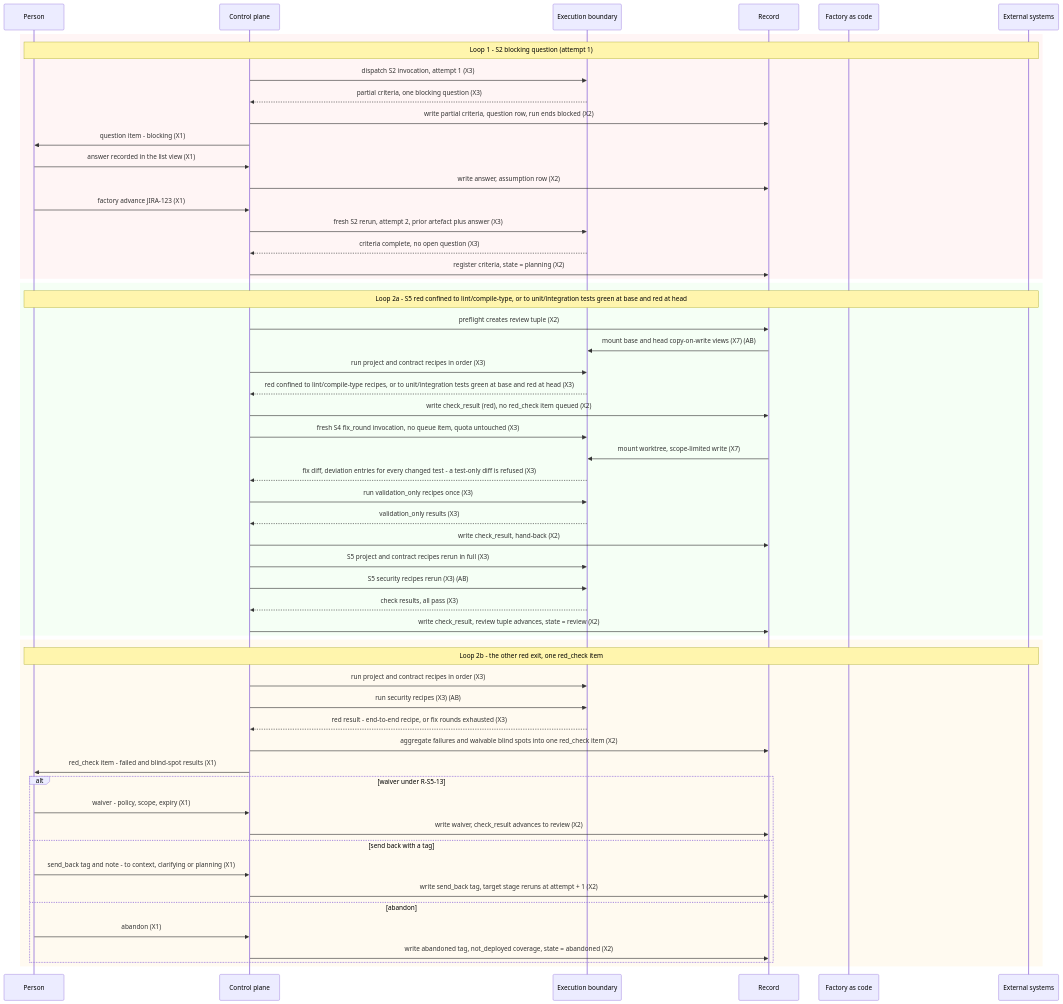
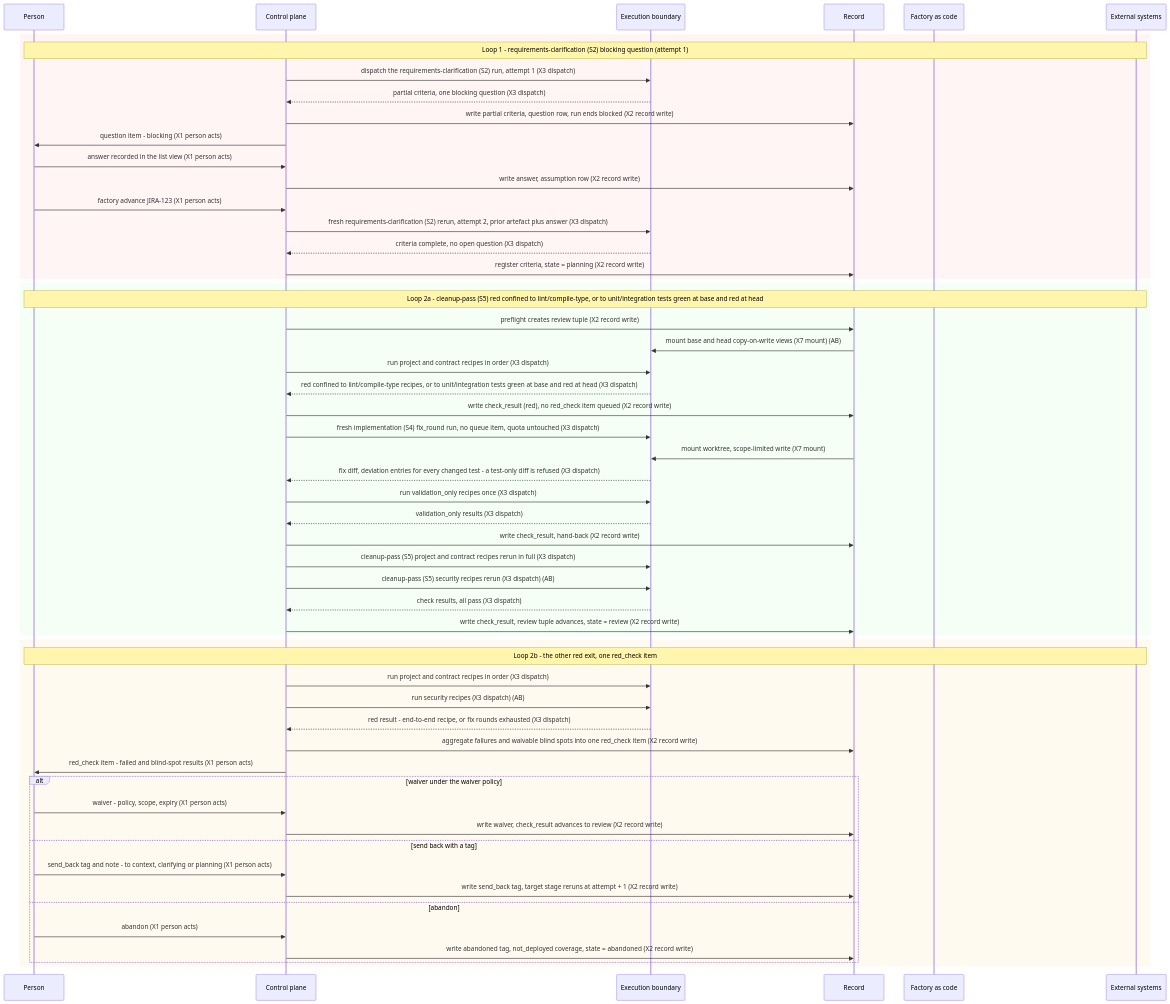
One commit to abhishekthakur7/software-factory changed the second of 2 diagrams in docs/design/hld/L1-ticket-walk.md. Above: the diagram before and after it, drawn with Mermaid. The commit also changed other lines of this file and 9 other files, not shown here.

Commit message:
Name every code on the HLD pictures; add the short-name legend and fix the broken sequence diagram

````diff
--- a/docs/design/hld/L1-ticket-walk.md
+++ b/docs/design/hld/L1-ticket-walk.md
@@ -136,61 +138,61 @@
 ```mermaid
 sequenceDiagram
     participant P as Person
     participant C as Control plane
     participant G as Execution boundary
     participant R as Record
     participant F as Factory as code
     participant E as External systems
 
     rect rgb(255,245,245)
-    Note over P,E: Loop 1 - S2 blocking question (attempt 1)
-    C->>G: dispatch S2 invocation, attempt 1 (X3)
-    G-->>C: partial criteria, one blocking question (X3)
-    C->>R: write partial criteria, question row, run ends blocked (X2)
-    C->>P: question item - blocking (X1)
-    P->>C: answer recorded in the list view (X1)
-    C->>R: write answer, assumption row (X2)
-    P->>C: factory advance JIRA-123 (X1)
-    C->>G: fresh S2 rerun, attempt 2, prior artefact plus answer (X3)
-    G-->>C: criteria complete, no open question (X3)
-    C->>R: register criteria, state = planning (X2)
+    Note over P,E: Loop 1 - requirements-clarification (S2) blocking question (attempt 1)
+    C->>G: dispatch the requirements-clarification (S2) run, attempt 1 (X3 dispatch)
+    G-->>C: partial criteria, one blocking question (X3 dispatch)
+    C->>R: write partial criteria, question row, run ends blocked (X2 record write)
+    C->>P: question item - blocking (X1 person acts)
+    P->>C: answer recorded in the list view (X1 person acts)
+    C->>R: write answer, assumption row (X2 record write)
+    P->>C: factory advance JIRA-123 (X1 person acts)
+    C->>G: fresh requirements-clarification (S2) rerun, attempt 2, prior artefact plus answer (X3 dispatch)
+    G-->>C: criteria complete, no open question (X3 dispatch)
+    C->>R: register criteria, state = planning (X2 record write)
     end
 
     rect rgb(245,255,245)
-    Note over P,E: Loop 2a - S5 red confined to lint/compile-type, or to unit/integration tests green at base and red at head
-    C->>R: preflight creates review tuple (X2)
-    R->>G: mount base and head copy-on-write views (X7) (AB)
-    C->>G: run project and contract recipes in order (X3)
-    G-->>C: red confined to lint/compile-type recipes, or to unit/integration tests green at base and red at head (X3)
-    C->>R: write check_result (red), no red_check item queued (X2)
-    C->>G: fresh S4 fix_round invocation, no queue item, quota untouched (X3)
-    R->>G: mount worktree, scope-limited write (X7)
-    G-->>C: fix diff, deviation entries for every changed test - a test-only diff is refused (X3)
-    C->>G: run validation_only recipes once (X3)
-    G-->>C: validation_only results (X3)
-    C->>R: write check_result, hand-back (X2)
-    C->>G: S5 project and contract recipes rerun in full (X3)
-    C->>G: S5 security recipes rerun (X3) (AB)
-    G-->>C: check results, all pass (X3)
-    C->>R: write check_result, review tuple advances, state = review (X2)
+    Note over P,E: Loop 2a - cleanup-pass (S5) red confined to lint/compile-type, or to unit/integration tests green at base and red at head
+    C->>R: preflight creates review tuple (X2 record write)
+    R->>G: mount base and head copy-on-write views (X7 mount) (AB)
+    C->>G: run project and contract recipes in order (X3 dispatch)
+    G-->>C: red confined to lint/compile-type recipes, or to unit/integration tests green at base and red at head (X3 dispatch)
+    C->>R: write check_result (red), no red_check item queued (X2 record write)
+    C->>G: fresh implementation (S4) fix_round run, no queue item, quota untouched (X3 dispatch)
+    R->>G: mount worktree, scope-limited write (X7 mount)
+    G-->>C: fix diff, deviation entries for every changed test - a test-only diff is refused (X3 dispatch)
+    C->>G: run validation_only recipes once (X3 dispatch)
+    G-->>C: validation_only results (X3 dispatch)
+    C->>R: write check_result, hand-back (X2 record write)
+    C->>G: cleanup-pass (S5) project and contract recipes rerun in full (X3 dispatch)
+    C->>G: cleanup-pass (S5) security recipes rerun (X3 dispatch) (AB)
+    G-->>C: check results, all pass (X3 dispatch)
+    C->>R: write check_result, review tuple advances, state = review (X2 record write)
     end
 
     rect rgb(255,250,240)
     Note over P,E: Loop 2b - the other red exit, one red_check item
-    C->>G: run project and contract recipes in order (X3)
-    C->>G: run security recipes (X3) (AB)
-    G-->>C: red result - end-to-end recipe, or fix rounds exhausted (X3)
-    C->>R: aggregate failures and waivable blind spots into one red_check item (X2)
-    C->>P: red_check item - failed and blind-spot results (X1)
-    alt waiver under R-S5-13
-        P->>C: waiver - policy, scope, expiry (X1)
-        C->>R: write waiver, check_result advances to review (X2)
+    C->>G: run project and contract recipes in order (X3 dispatch)
+    C->>G: run security recipes (X3 dispatch) (AB)
+    G-->>C: red result - end-to-end recipe, or fix rounds exhausted (X3 dispatch)
+    C->>R: aggregate failures and waivable blind spots into one red_check item (X2 record write)
+    C->>P: red_check item - failed and blind-spot results (X1 person acts)
+    alt waiver under the waiver policy
+        P->>C: waiver - policy, scope, expiry (X1 person acts)
+        C->>R: write waiver, check_result advances to review (X2 record write)
     else send back with a tag
-        P->>C: send_back tag and note - to context, clarifying or planning (X1)
-        C->>R: write send_back tag, target stage reruns at attempt + 1 (X2)
+        P->>C: send_back tag and note - to context, clarifying or planning (X1 person acts)
+        C->>R: write send_back tag, target stage reruns at attempt + 1 (X2 record write)
     else abandon
-        P->>C: abandon (X1)
-        C->>R: write abandoned tag, not_deployed coverage, state = abandoned (X2)
+        P->>C: abandon (X1 person acts)
+        C->>R: write abandoned tag, not_deployed coverage, state = abandoned (X2 record write)
     end
     end
 ```
````
